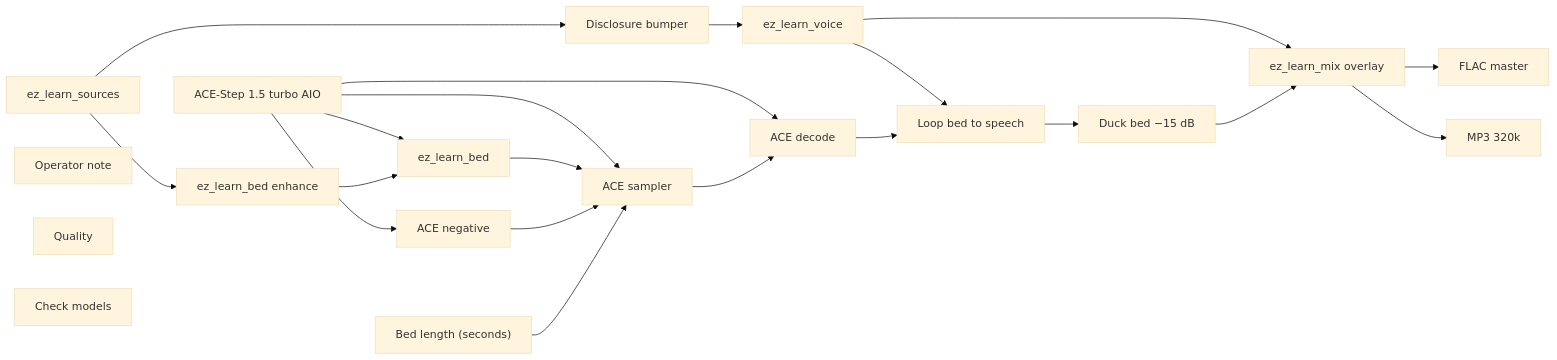
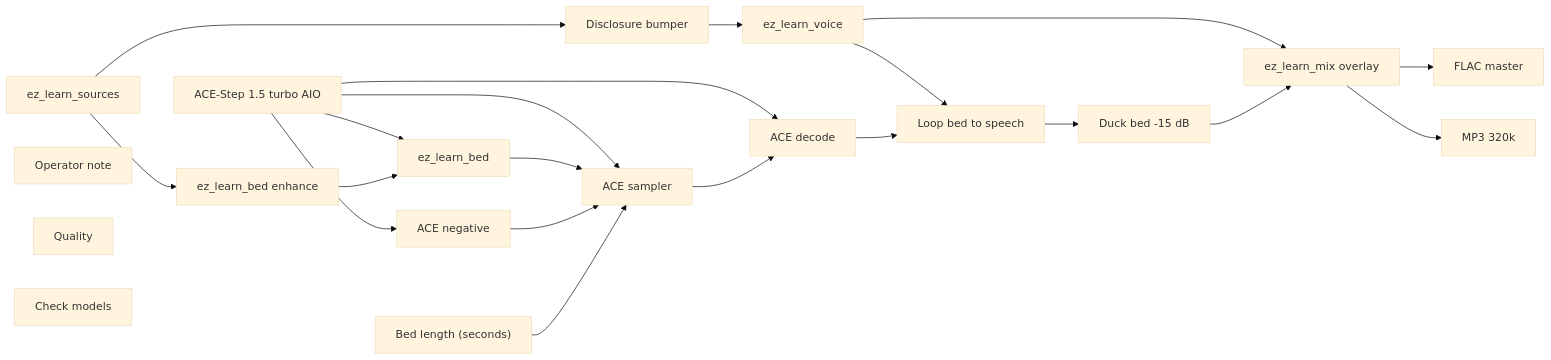
Before and after one commit to toxicoder/ez-comfy-stack: the diagram in docs/generated/workflows/audio/podcast/learn-episode.md, drawn with Mermaid (base theme). The commit also changed other lines of this file and 1894 other files, not shown here.

````diff
--- a/docs/generated/workflows/audio/podcast/learn-episode.md
+++ b/docs/generated/workflows/audio/podcast/learn-episode.md
@@ -59,40 +59,40 @@
 ```mermaid
 flowchart LR
   N1["ACE-Step 1.5 turbo AIO"]
   N2["ez_learn_sources"]
   N3["Disclosure bumper"]
   N4["ez_learn_voice"]
   N5["ez_learn_bed"]
   N6["ACE negative"]
   N7["Bed length (seconds)"]
   N8["ACE sampler"]
   N9["ACE decode"]
   N10["Loop bed to speech"]
-  N11["Duck bed −15 dB"]
+  N11["Duck bed -15 dB"]
   N12["ez_learn_mix overlay"]
   N13["FLAC master"]
   N14["MP3 320k"]
   N15["Operator note"]
   N16["ez_learn_bed enhance"]
   N17["Quality"]
   N18["Check models"]
   N1 --> N8
   N1 --> N5
   N1 --> N6
   N1 --> N9
   N2 --> N16
   N2 --> N3
   N3 --> N4
   N4 --> N10
   N4 --> N12
   N5 --> N8
   N6 --> N8
   N7 --> N8
   N8 --> N9
   N9 --> N10
   N10 --> N11
   N11 --> N12
   N12 --> N13
   N12 --> N14
   N16 --> N5
 ```
````
